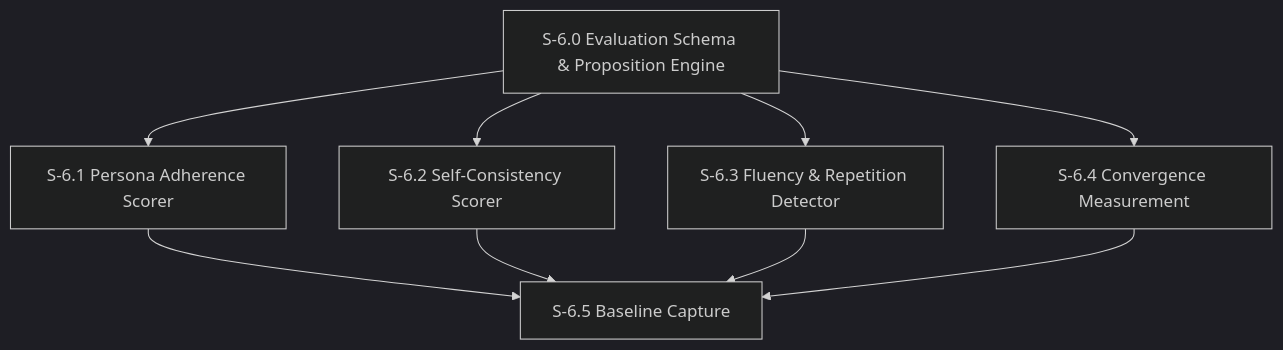
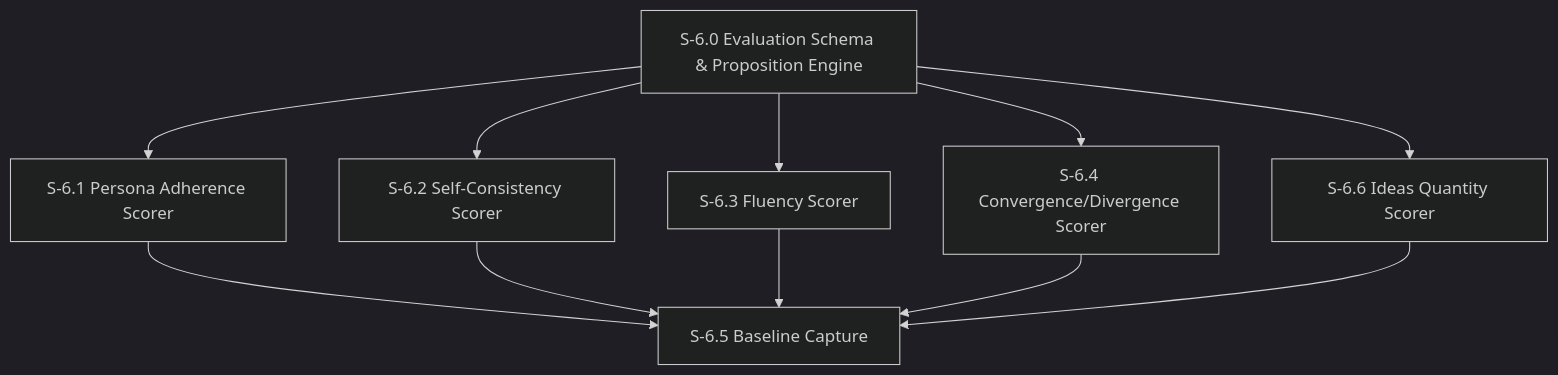
One commit to pedropaulovc/the-office changed the diagram in spec/plan/milestone-6-persona-drift-measurement.md. Above: the diagram before and after it, drawn with Mermaid (dark theme). The commit also changed other lines of this file and 4 other files, not shown here.

````diff
--- a/spec/plan/milestone-6-persona-drift-measurement.md
+++ b/spec/plan/milestone-6-persona-drift-measurement.md
@@ -7,11 +7,13 @@
 ```mermaid
 graph TD
     S60[S-6.0 Evaluation Schema & Proposition Engine] --> S61[S-6.1 Persona Adherence Scorer]
     S60 --> S62[S-6.2 Self-Consistency Scorer]
-    S60 --> S63[S-6.3 Fluency & Repetition Detector]
-    S60 --> S64[S-6.4 Convergence Measurement]
+    S60 --> S63[S-6.3 Fluency Scorer]
+    S60 --> S64[S-6.4 Convergence/Divergence Scorer]
+    S60 --> S66[S-6.6 Ideas Quantity Scorer]
     S61 --> S65[S-6.5 Baseline Capture]
     S62 --> S65
     S63 --> S65
     S64 --> S65
+    S66 --> S65
 ```
````
